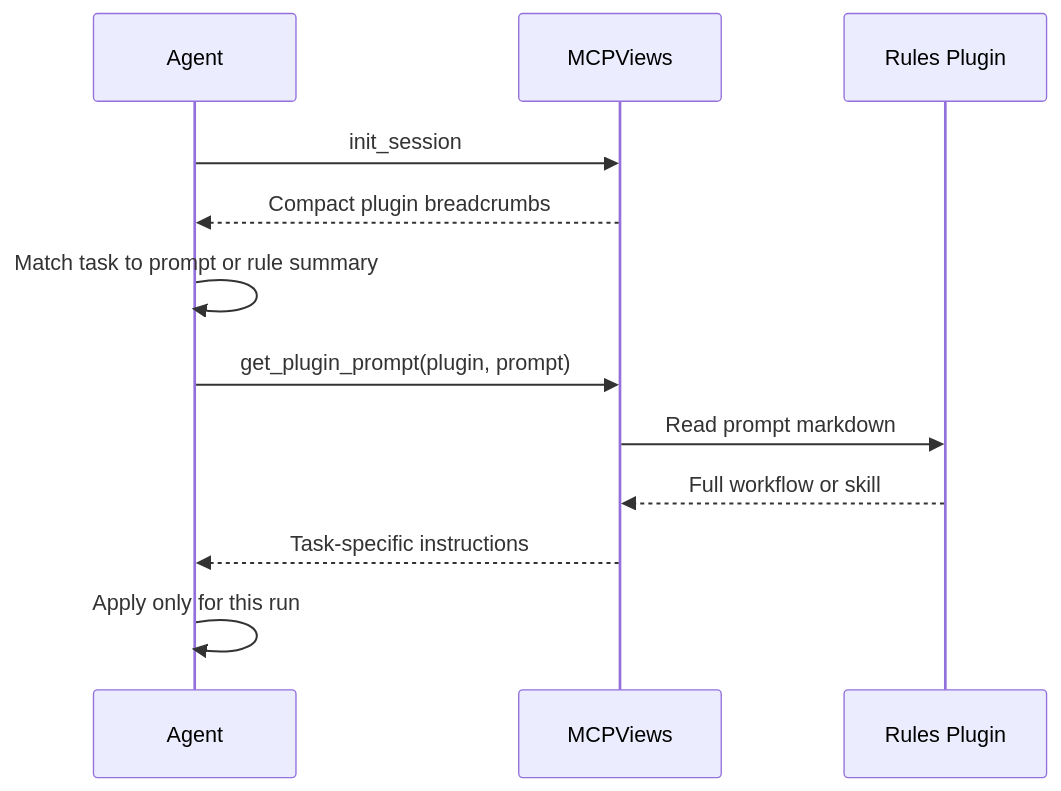
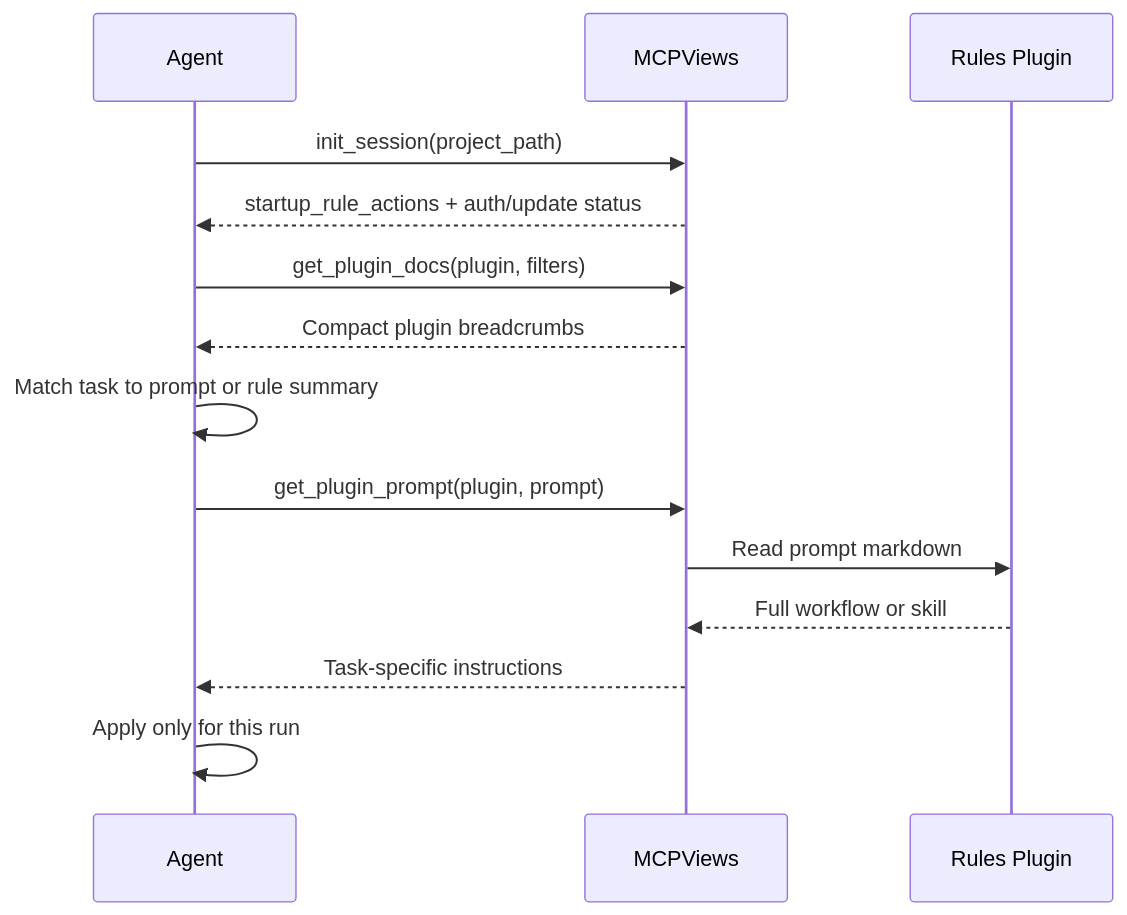
One commit to DeeJanuz/mcp-mux changed the fourth of 7 diagrams in docs/plugin-development.md. Above: the diagram before and after it, drawn with Mermaid. The commit also changed other lines of this file and 6 other files, not shown here.

Commit message:
feat: default init_session to lean startup

````diff
--- a/docs/plugin-development.md
+++ b/docs/plugin-development.md
@@ -499,15 +499,17 @@
 ```mermaid
 sequenceDiagram
     participant Agent
     participant MCPViews
     participant Plugin as Rules Plugin
 
-    Agent->>MCPViews: init_session
+    Agent->>MCPViews: init_session(project_path)
+    MCPViews-->>Agent: startup_rule_actions + auth/update status
+    Agent->>MCPViews: get_plugin_docs(plugin, filters)
     MCPViews-->>Agent: Compact plugin breadcrumbs
     Agent->>Agent: Match task to prompt or rule summary
     Agent->>MCPViews: get_plugin_prompt(plugin, prompt)
     MCPViews->>Plugin: Read prompt markdown
     Plugin-->>MCPViews: Full workflow or skill
     MCPViews-->>Agent: Task-specific instructions
     Agent->>Agent: Apply only for this run
 ```
````
